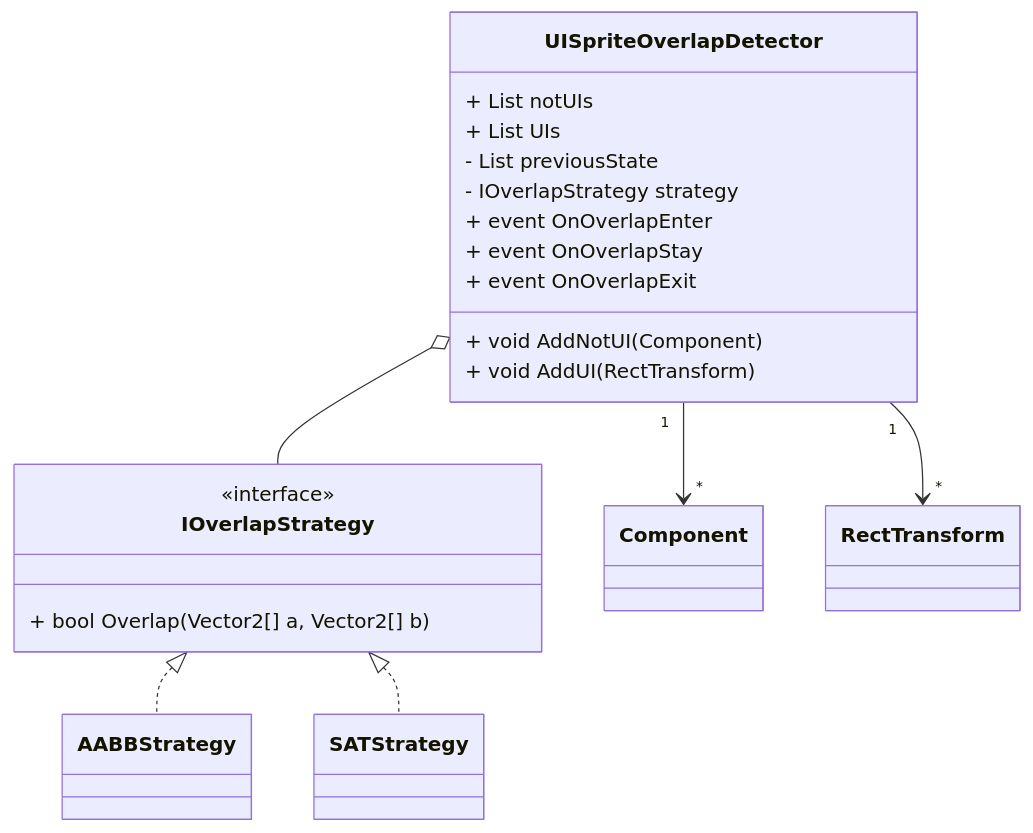
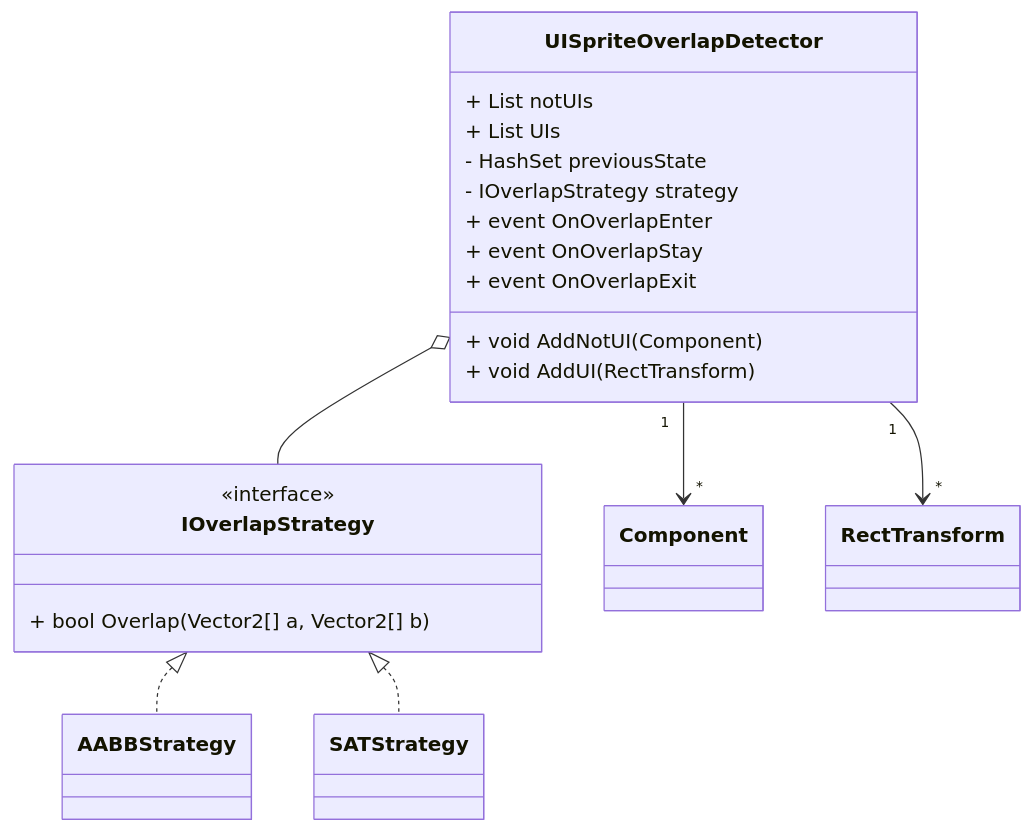
The diagram in README.md (SunagimoOisii/UIOverlapDetector), drawn with Mermaid before and after one commit. The commit also changed 1 other file, not shown here.

Commit message:
refactor: 重複状態管理をハッシュセットに変更

````diff
--- a/README.md
+++ b/README.md
@@ -16,32 +16,32 @@
 ```mermaid
 classDiagram
     direction TD
 
     class IOverlapStrategy {
         <<interface>>
         + bool Overlap(Vector2[] a, Vector2[] b)
     }
 
     class AABBStrategy
     class SATStrategy
 
     IOverlapStrategy <|.. AABBStrategy
     IOverlapStrategy <|.. SATStrategy
 
     class UISpriteOverlapDetector {
         + List notUIs
         + List UIs
-        - List previousState
+        - HashSet previousState
         - IOverlapStrategy strategy
 
         + event OnOverlapEnter
         + event OnOverlapStay
         + event OnOverlapExit
         + void AddNotUI(Component)
         + void AddUI(RectTransform)
     }
 
     UISpriteOverlapDetector o-- IOverlapStrategy
     UISpriteOverlapDetector "1" --> "*" Component
     UISpriteOverlapDetector "1" --> "*" RectTransform
 ```
````
